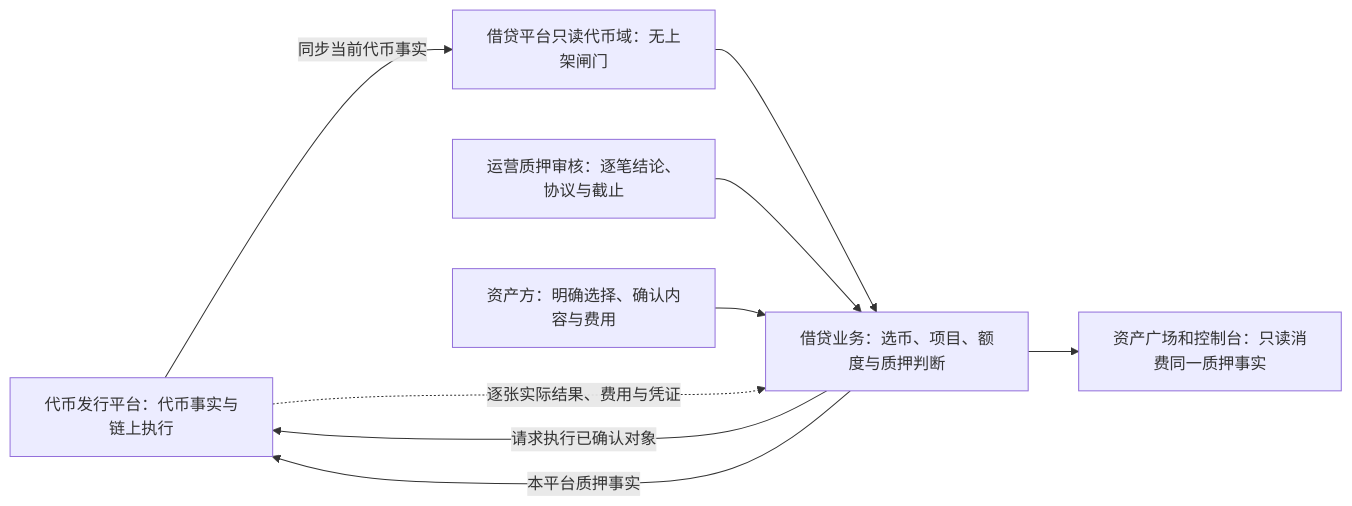
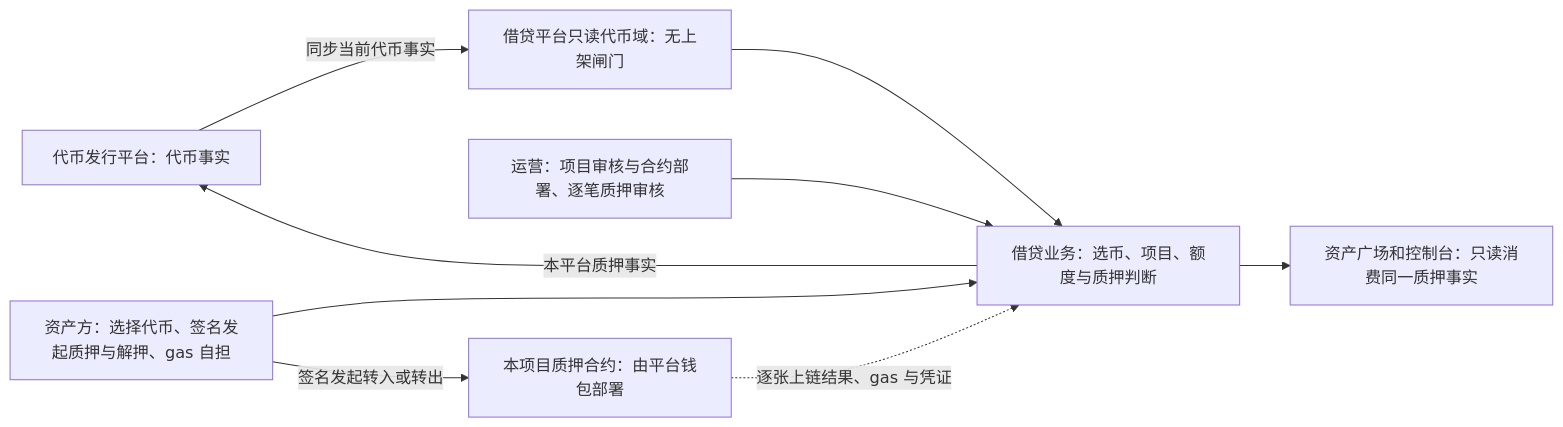
One commit to wxblockchain/Chain-Financing changed the fifth of 10 diagrams in lending-platform/PRD/v1.0-借贷广场-融资需求与代币质押/02-融资需求与代币质押-流程图与状态机.md. Above: the diagram before and after it, drawn with Mermaid. The commit also changed other lines of this file and 5 other files, not shown here.

````diff
--- a/lending-platform/PRD/v1.0-借贷广场-融资需求与代币质押/02-融资需求与代币质押-流程图与状态机.md
+++ b/lending-platform/PRD/v1.0-借贷广场-融资需求与代币质押/02-融资需求与代币质押-流程图与状态机.md
@@ -147,11 +151,11 @@
 ```mermaid
 flowchart LR
-  A[代币发行平台：代币事实与链上执行] -->|同步当前代币事实| B[借贷平台只读代币域：无上架闸门]
+  A[代币发行平台：代币事实] -->|同步当前代币事实| B[借贷平台只读代币域：无上架闸门]
   B --> C[借贷业务：选币、项目、额度与质押判断]
-  D[运营质押审核：逐笔结论、协议与截止] --> C
-  E[资产方：明确选择、确认内容与费用] --> C
-  C -->|请求执行已确认对象| A
-  A -.->|逐张实际结果、费用与凭证| C
+  D[运营：项目审核与合约部署、逐笔质押审核] --> C
+  E[资产方：选择代币、签名发起质押与解押、gas 自担] --> C
+  X[本项目质押合约：由平台钱包部署] -.->|逐张上链结果、gas 与凭证| C
+  E -->|签名发起转入或转出| X
   C -->|本平台质押事实| A
   C --> F[资产广场和控制台：只读消费同一质押事实]
 ```
````
